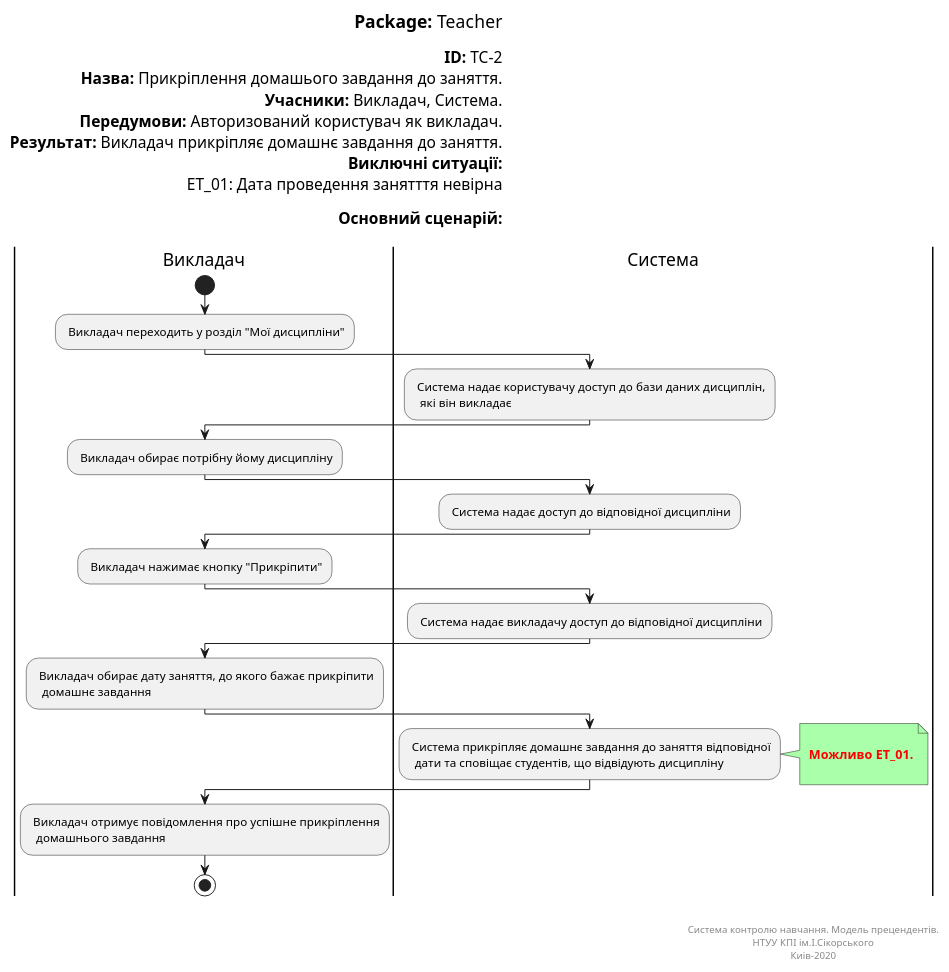
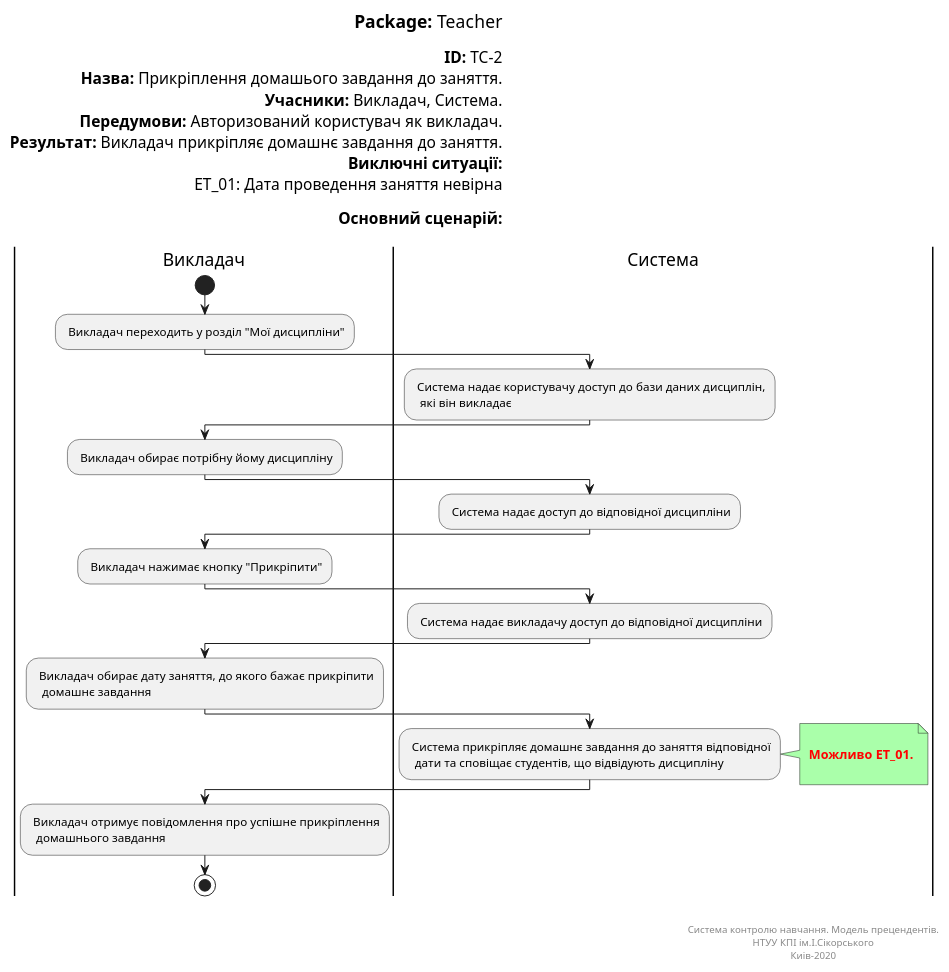
The diagram in docs/UML_Diagrams/scenarios/teacher/src/attach_materials.pu (vladlinu/TeamOne), drawn with PlantUML before and after one commit. The commit also changed 2 other files, not shown here.

```diff
--- a/docs/UML_Diagrams/scenarios/teacher/src/attach_materials.pu
+++ b/docs/UML_Diagrams/scenarios/teacher/src/attach_materials.pu
@@ -1,64 +1,64 @@
 @startuml
 left header
 <font color=000 size=18><b>Package:</b> Teacher
 
 <font color=000 size=16><b>ID:</b> TC-2
 <font color=000 size=16><b>Назва:</b> Прикріплення домашього завдання до заняття.
 <font color=000 size=16><b>Учасники:</b> Викладач, Система.
 <font color=000 size=16><b>Передумови:</b> Авторизований користувач як викладач.
 <font color=000 size=16><b>Результат:</b> Викладач прикріпляє домашнє завдання до заняття.
 <font color=000 size=16><b>Виключні ситуації:</b>
-<font color=000 size=16> ET_01: Дата проведення занятття невірна
+<font color=000 size=16> ET_01: Дата проведення заняття невірна
 
 <font color=000 size=16><b>Основний сценарій:</b>
 
 end header
 
 |Викладач|
 start
 : Викладач переходить у розділ "Мої дисципліни";
 
 |Система|
 : Система надає користувачу доступ до бази даних дисциплін, 
   які він викладає;
    
 |Викладач|
 : Викладач обирає потрібну йому дисципліну;   
 
 |Система|
 : Система надає доступ до відповідної дисципліни;
 
 |Викладач|
 : Викладач нажимає кнопку "Прикріпити";   
 
 |Система|
 : Система надає викладачу доступ до відповідної дисципліни;
 
 
 |Викладач|
 : Викладач обирає дату заняття, до якого бажає прикріпити
   домашнє завдання;
 
 |Система|
 : Система прикріпляє домашнє завдання до заняття відповідної
   дати та сповіщає студентів, що відвідують дисципліну;
 note right #aaffaa
 
 <font color=red><b> Можливо ET_01.
 
 end note
 
 |Викладач|
 : Викладач отримує повідомлення про успішне прикріплення
   домашнього завдання;  
   
 stop;
 
 right footer
 
 
 Система контролю навчання. Модель прецендентів.
 НТУУ КПІ ім.І.Сікорського
 Киів-2020
 end footer
 @enduml
```
